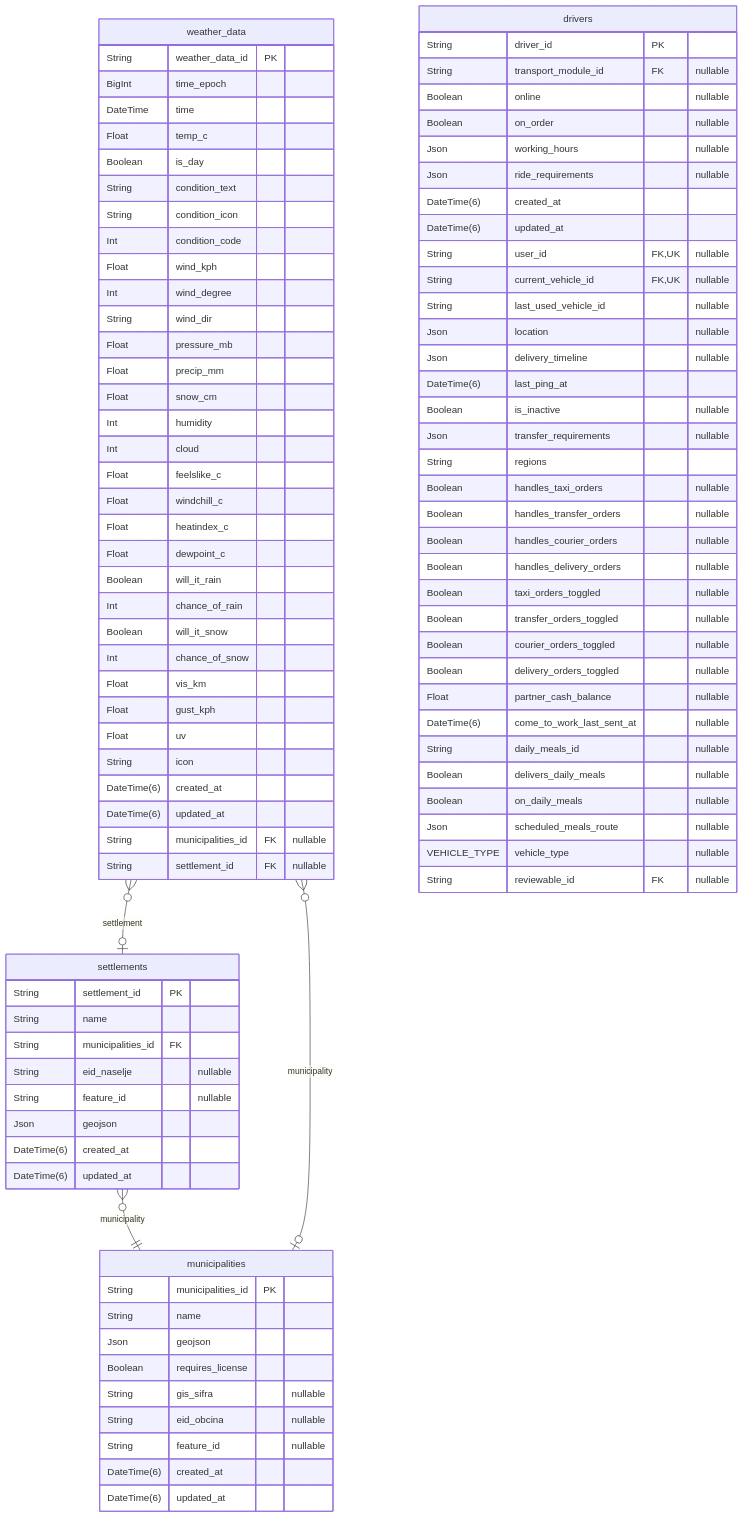
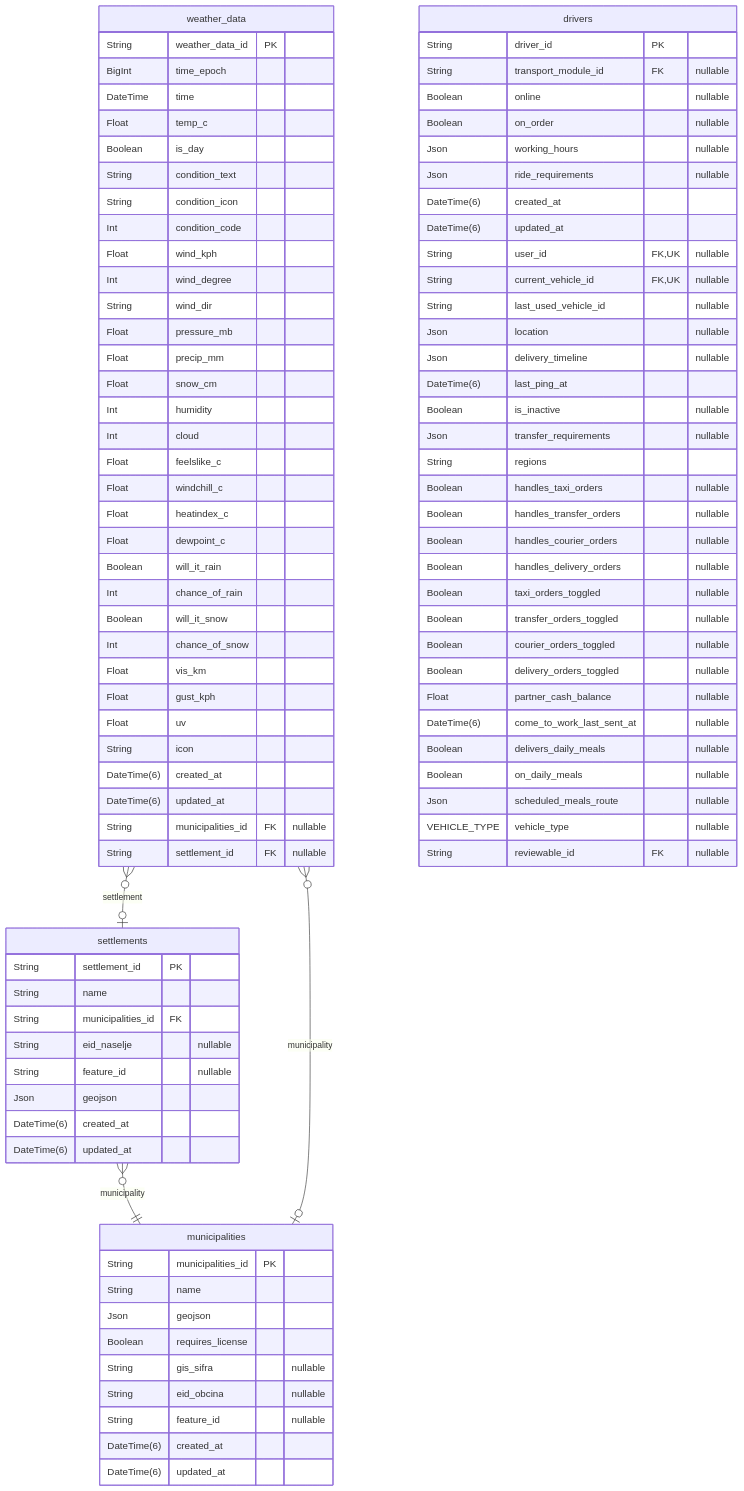
One commit to pbozic/be-analyisis changed diagram 19 of 40 in prisma/schemas/ERD.md. Above: the diagram before and after it, drawn with Mermaid. The commit also changed other lines of this file and 27 other files, not shown here.

```diff
--- a/prisma/schemas/ERD.md
+++ b/prisma/schemas/ERD.md
@@ -3210,7 +3207,6 @@
   Boolean delivery_orders_toggled "nullable"
   Float partner_cash_balance "nullable"
   DateTime(6) come_to_work_last_sent_at "nullable"
-  String daily_meals_id "nullable"
   Boolean delivers_daily_meals "nullable"
   Boolean on_daily_meals "nullable"
   Json scheduled_meals_route "nullable"
```
